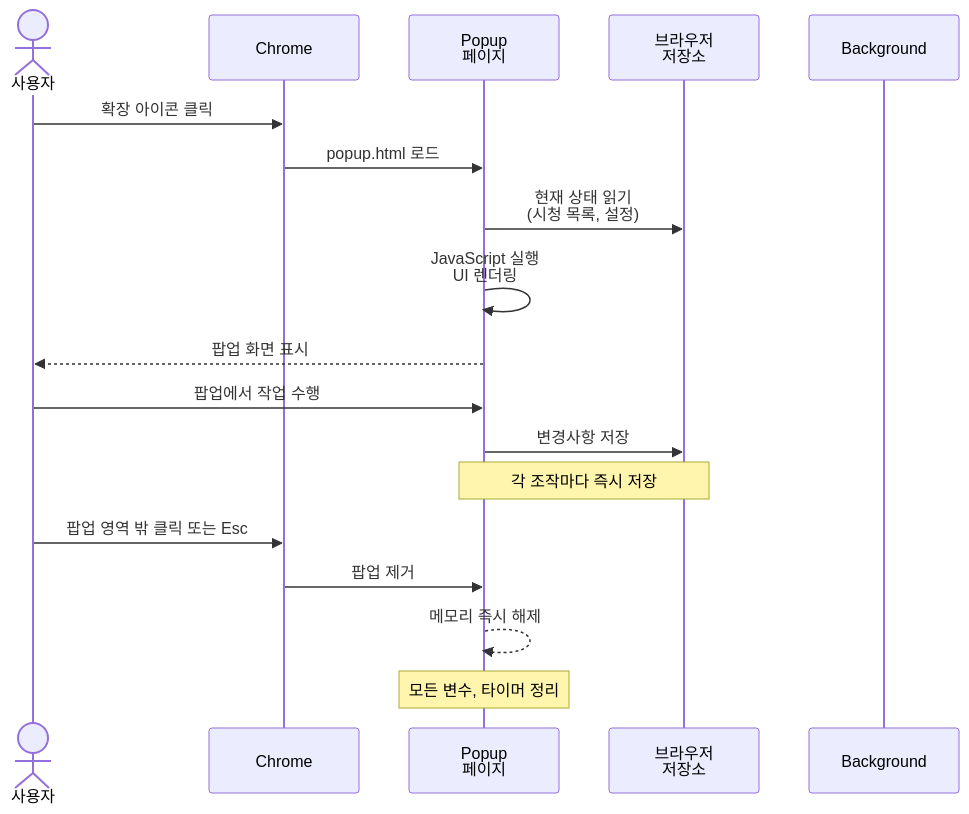
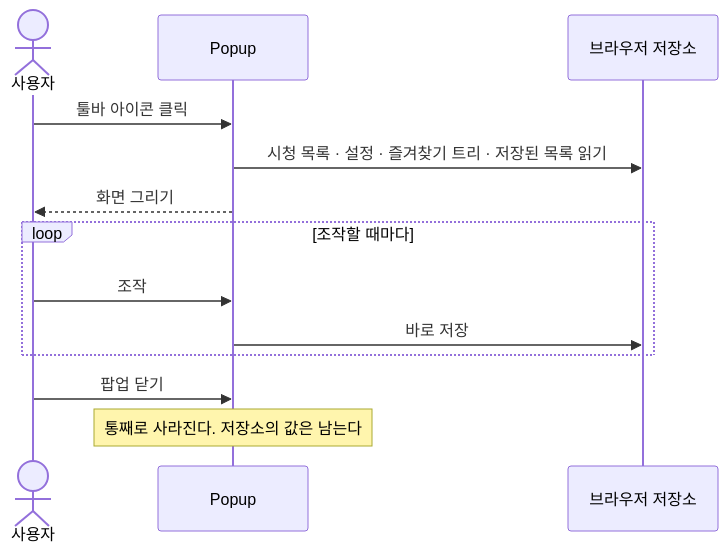
One commit to QYnote/ChzzkMultiViewer changed the third of 4 diagrams in document/Process-Viewpoint/Flows-Lifecycle.md. Above: the diagram before and after it, drawn with Mermaid. The commit also changed other lines of this file and 14 other files, not shown here.

````diff
--- a/document/Process-Viewpoint/Flows-Lifecycle.md
+++ b/document/Process-Viewpoint/Flows-Lifecycle.md
@@ -75,23 +59,16 @@
 ```mermaid
 sequenceDiagram
-    actor User as 사용자
-    participant Chrome
-    participant Popup as Popup<br/>페이지
-    participant Storage as 브라우저<br/>저장소
-    participant Background
+  actor U as 사용자
+  participant P as Popup
+  participant S as 브라우저 저장소
 
-    User->>Chrome: 확장 아이콘 클릭
-    Chrome->>Popup: popup.html 로드
-    Popup->>Storage: 현재 상태 읽기<br/>(시청 목록, 설정)
-    Popup->>Popup: JavaScript 실행<br/>UI 렌더링
-    Popup-->>User: 팝업 화면 표시
-    
-    User->>Popup: 팝업에서 작업 수행
-    Popup->>Storage: 변경사항 저장
-    Note over Popup,Storage: 각 조작마다 즉시 저장
-    
-    User->>Chrome: 팝업 영역 밖 클릭 또는 Esc
-    Chrome->>Popup: 팝업 제거
-    Popup-->>Popup: 메모리 즉시 해제
-    Note over Popup: 모든 변수, 타이머 정리
+  U->>P: 툴바 아이콘 클릭
+  P->>S: 시청 목록 · 설정 · 즐겨찾기 트리 · 저장된 목록 읽기
+  P-->>U: 화면 그리기
+  loop 조작할 때마다
+    U->>P: 조작
+    P->>S: 바로 저장
+  end
+  U->>P: 팝업 닫기
+  Note over P: 통째로 사라진다. 저장소의 값은 남는다
 ```
````
